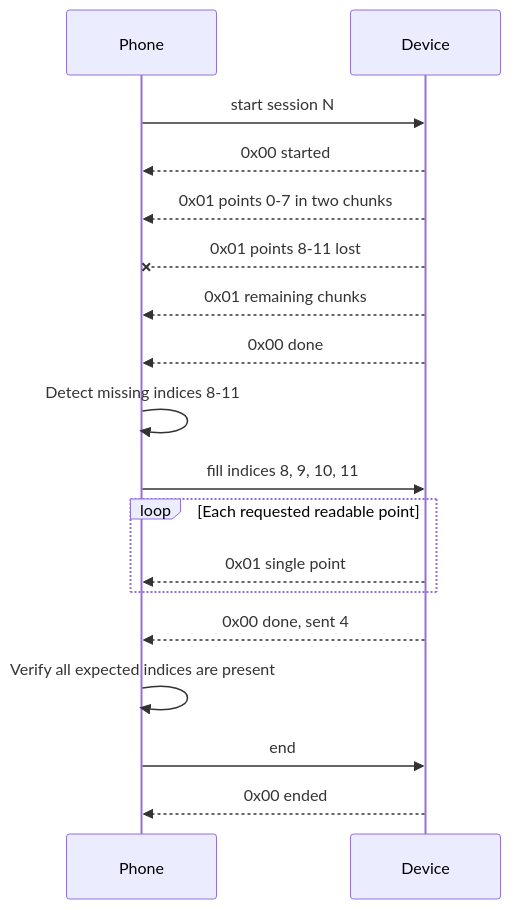
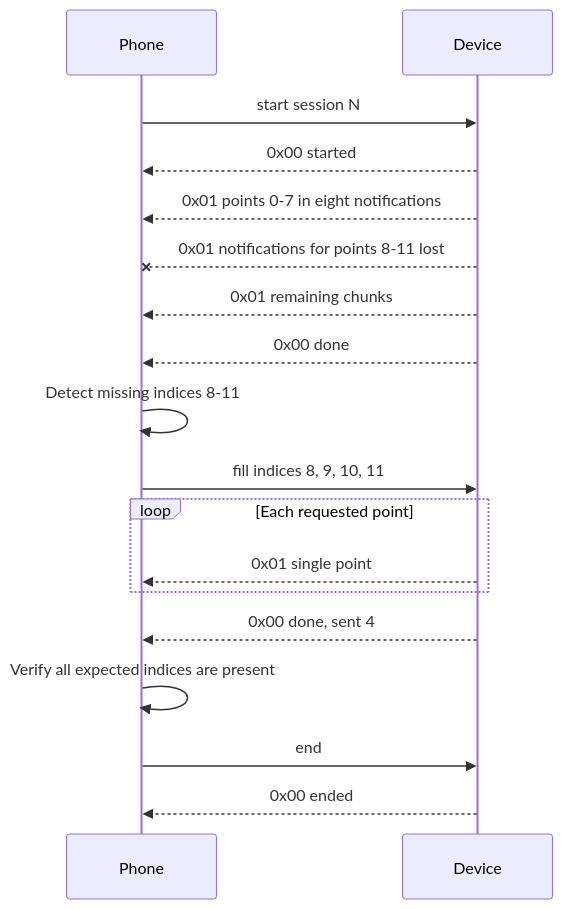
One commit to Open-Air-Foundation/firmware-core changed the third of 6 diagrams in products/go/go_ble_client.md. Above: the diagram before and after it, drawn with Mermaid. The commit also changed other lines of this file, not shown here.

````diff
--- a/products/go/go_ble_client.md
+++ b/products/go/go_ble_client.md
@@ -1318,20 +1410,20 @@
 ```mermaid
 sequenceDiagram
     participant Phone
     participant Device
     Phone->>Device: start session N
     Device-->>Phone: 0x00 started
-    Device-->>Phone: 0x01 points 0-7 in two chunks
-    Device--xPhone: 0x01 points 8-11 lost
+    Device-->>Phone: 0x01 points 0-7 in eight notifications
+    Device--xPhone: 0x01 notifications for points 8-11 lost
     Device-->>Phone: 0x01 remaining chunks
     Device-->>Phone: 0x00 done
     Phone->>Phone: Detect missing indices 8-11
     Phone->>Device: fill indices 8, 9, 10, 11
-    loop Each requested readable point
+    loop Each requested point
         Device-->>Phone: 0x01 single point
     end
     Device-->>Phone: 0x00 done, sent 4
     Phone->>Phone: Verify all expected indices are present
     Phone->>Device: end
     Device-->>Phone: 0x00 ended
 ```
````
